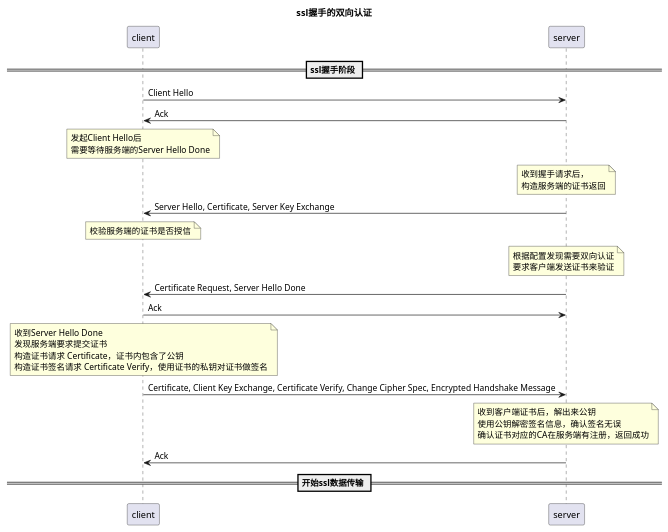
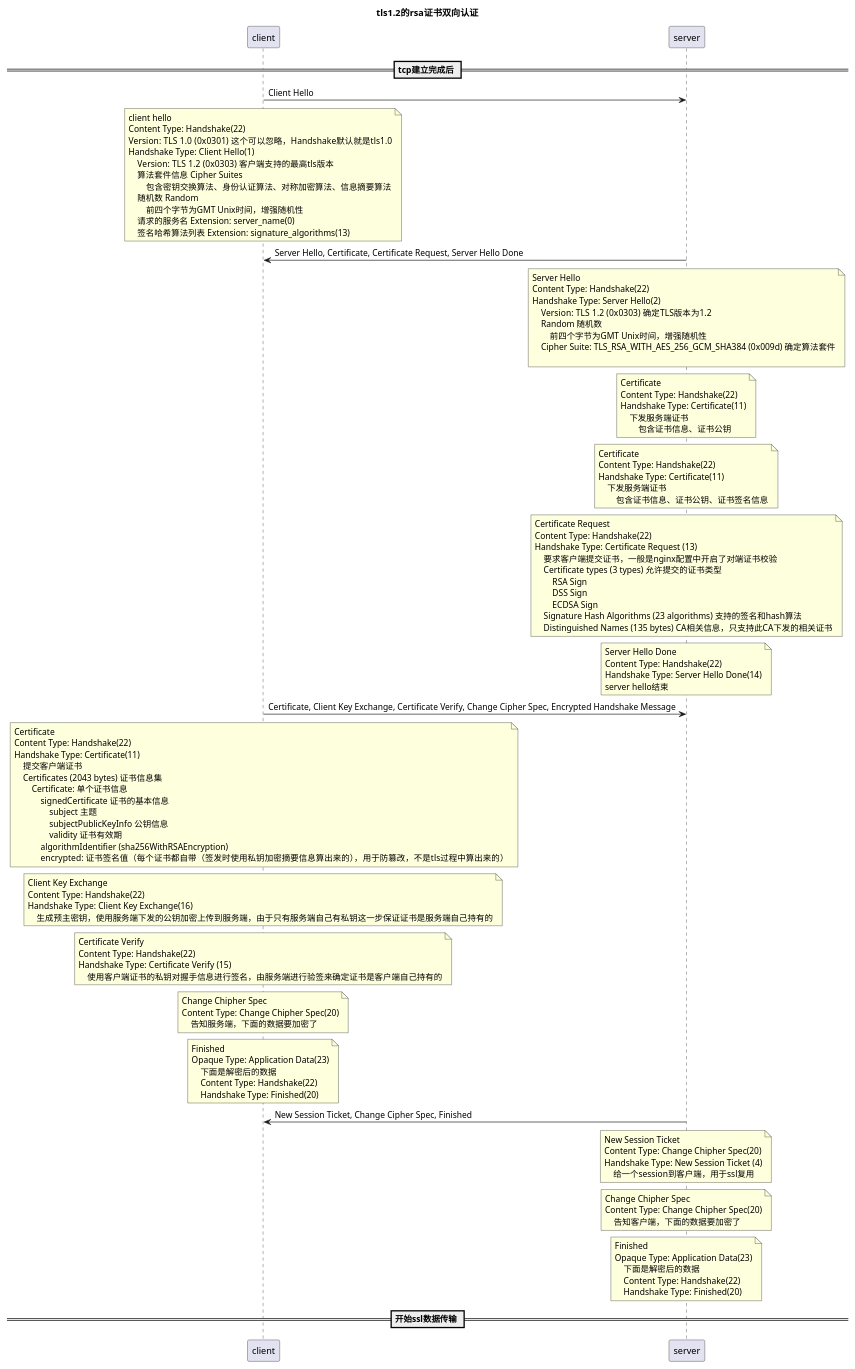
The fourth of 4 diagrams in source/_posts/2021-07-28-openssl.md (Githubwyb/hexo_blogPages), drawn with PlantUML before and after one commit. The commit also changed other lines of this file and 38 other files, not shown here.

````diff
--- a/source/_posts/2021-07-28-openssl.md
+++ b/source/_posts/2021-07-28-openssl.md
@@ -1441,48 +1572,131 @@
 ```plantuml
-@startuml ssl握手的双向认证
+@startuml tls
 
-title ssl握手的双向认证
+title tls1.2的rsa证书双向认证
 
 participant client
 participant server
 
-== ssl握手阶段 ==
+== tcp建立完成后 ==
 
 client->server: Client Hello
-server->client: Ack
 note over client
-发起Client Hello后
-需要等待服务端的Server Hello Done
+client hello
+Content Type: Handshake(22)
+Version: TLS 1.0 (0x0301)   这个可以忽略，Handshake默认就是tls1.0
+Handshake Type: Client Hello(1)
+    Version: TLS 1.2 (0x0303)  客户端支持的最高tls版本
+    算法套件信息 Cipher Suites
+        包含密钥交换算法、身份认证算法、对称加密算法、信息摘要算法
+    随机数 Random
+        前四个字节为GMT Unix时间，增强随机性
+    请求的服务名 Extension: server_name(0)
+    签名哈希算法列表 Extension: signature_algorithms(13)
 end note
 
+server->client: Server Hello, Certificate, Certificate Request, Server Hello Done
 note over server
-收到握手请求后，
-构造服务端的证书返回
-end note
-server->client: Server Hello, Certificate, Server Key Exchange
-note over client
-校验服务端的证书是否授信
+Server Hello
+Content Type: Handshake(22)
+Handshake Type: Server Hello(2)
+    Version: TLS 1.2 (0x0303)  确定TLS版本为1.2
+    Random 随机数
+        前四个字节为GMT Unix时间，增强随机性
+    Cipher Suite: TLS_RSA_WITH_AES_256_GCM_SHA384 (0x009d) 确定算法套件
+
 end note
 note over server
-根据配置发现需要双向认证
-要求客户端发送证书来验证
+Certificate
+Content Type: Handshake(22)
+Handshake Type: Certificate(11)
+    下发服务端证书
+        包含证书信息、证书公钥
 end note
-server->client: Certificate Request, Server Hello Done
-server<-client: Ack
+note over server
+Certificate
+Content Type: Handshake(22)
+Handshake Type: Certificate(11)
+    下发服务端证书
+        包含证书信息、证书公钥、证书签名信息
+end note
+note over server
+Certificate Request
+Content Type: Handshake(22)
+Handshake Type: Certificate Request (13)
+    要求客户端提交证书，一般是nginx配置中开启了对端证书校验
+    Certificate types (3 types) 允许提交的证书类型
+        RSA Sign
+        DSS Sign
+        ECDSA Sign
+    Signature Hash Algorithms (23 algorithms) 支持的签名和hash算法
+    Distinguished Names (135 bytes) CA相关信息，只支持此CA下发的相关证书
+end note
+note over server
+Server Hello Done
+Content Type: Handshake(22)
+Handshake Type: Server Hello Done(14)
+server hello结束
+end note
 
+client->server: Certificate, Client Key Exchange, Certificate Verify, Change Cipher Spec, Encrypted Handshake Message
 note over client
-收到Server Hello Done
-发现服务端要求提交证书
-构造证书请求 Certificate，证书内包含了公钥
-构造证书签名请求 Certificate Verify，使用证书的私钥对证书做签名
+Certificate
+Content Type: Handshake(22)
+Handshake Type: Certificate(11)
+    提交客户端证书
+    Certificates (2043 bytes) 证书信息集
+        Certificate: 单个证书信息
+            signedCertificate 证书的基本信息
+                subject 主题
+                subjectPublicKeyInfo 公钥信息
+                validity 证书有效期
+            algorithmIdentifier (sha256WithRSAEncryption)
+            encrypted: 证书签名值（每个证书都自带（签发时使用私钥加密摘要信息算出来的），用于防篡改，不是tls过程中算出来的）
 end note
-client->server: Certificate, Client Key Exchange, Certificate Verify, Change Cipher Spec, Encrypted Handshake Message
+note over client
+Client Key Exchange
+Content Type: Handshake(22)
+Handshake Type: Client Key Exchange(16)
+    生成预主密钥，使用服务端下发的公钥加密上传到服务端，由于只有服务端自己有私钥这一步保证证书是服务端自己持有的
+end note
+note over client
+Certificate Verify
+Content Type: Handshake(22)
+Handshake Type: Certificate Verify (15)
+    使用客户端证书的私钥对握手信息进行签名，由服务端进行验签来确定证书是客户端自己持有的
+end note
+note over client
+Change Chipher Spec
+Content Type: Change Chipher Spec(20)
+    告知服务端，下面的数据要加密了
+end note
+note over client
+Finished
+Opaque Type: Application Data(23)
+    下面是解密后的数据
+    Content Type: Handshake(22)
+    Handshake Type: Finished(20)
+end note
+
+server->client: New Session Ticket, Change Cipher Spec, Finished
 note over server
-收到客户端证书后，解出来公钥
-使用公钥解密签名信息，确认签名无误
-确认证书对应的CA在服务端有注册，返回成功
+New Session Ticket
+Content Type: Change Chipher Spec(20)
+Handshake Type: New Session Ticket (4)
+    给一个session到客户端，用于ssl复用
 end note
-server->client: Ack
+note over server
+Change Chipher Spec
+Content Type: Change Chipher Spec(20)
+    告知客户端，下面的数据要加密了
+end note
+note over server
+Finished
+Opaque Type: Application Data(23)
+    下面是解密后的数据
+    Content Type: Handshake(22)
+    Handshake Type: Finished(20)
+end note
 
 == 开始ssl数据传输 ==
 
````
